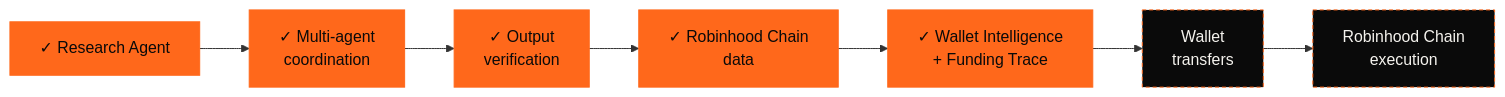
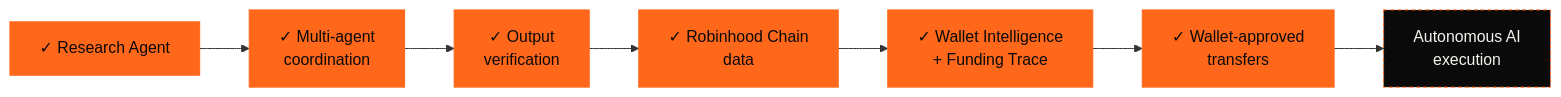
One commit to SyncronixLabs/SyncronixLabs changed the third of 3 diagrams in README.md. Above: the diagram before and after it, drawn with Mermaid. The commit also changed other lines of this file, not shown here.

First line of the commit message:
Wallet-approved transfers verified on mainnet; autonomous AI execution next

````diff
--- a/README.md
+++ b/README.md
@@ -248,6 +249,6 @@
 ```mermaid
 flowchart LR
-    A["✓ Research Agent"]:::live --> B["✓ Multi-agent<br/>coordination"]:::live --> C["✓ Output<br/>verification"]:::live --> F["✓ Robinhood Chain<br/>data"]:::live --> I["✓ Wallet Intelligence<br/>+ Funding Trace"]:::live --> W["Wallet<br/>transfers"]:::next --> D["Robinhood Chain<br/>execution"]:::next
+    A["✓ Research Agent"]:::live --> B["✓ Multi-agent<br/>coordination"]:::live --> C["✓ Output<br/>verification"]:::live --> F["✓ Robinhood Chain<br/>data"]:::live --> I["✓ Wallet Intelligence<br/>+ Funding Trace"]:::live --> W["✓ Wallet-approved<br/>transfers"]:::live --> D["Autonomous AI<br/>execution"]:::next
     classDef live fill:#FF681B,stroke:#FF681B,color:#0A0A0A
     classDef next fill:#0A0A0A,stroke:#FF681B,color:#F5F3EE,stroke-dasharray:4 3
 ```
````
